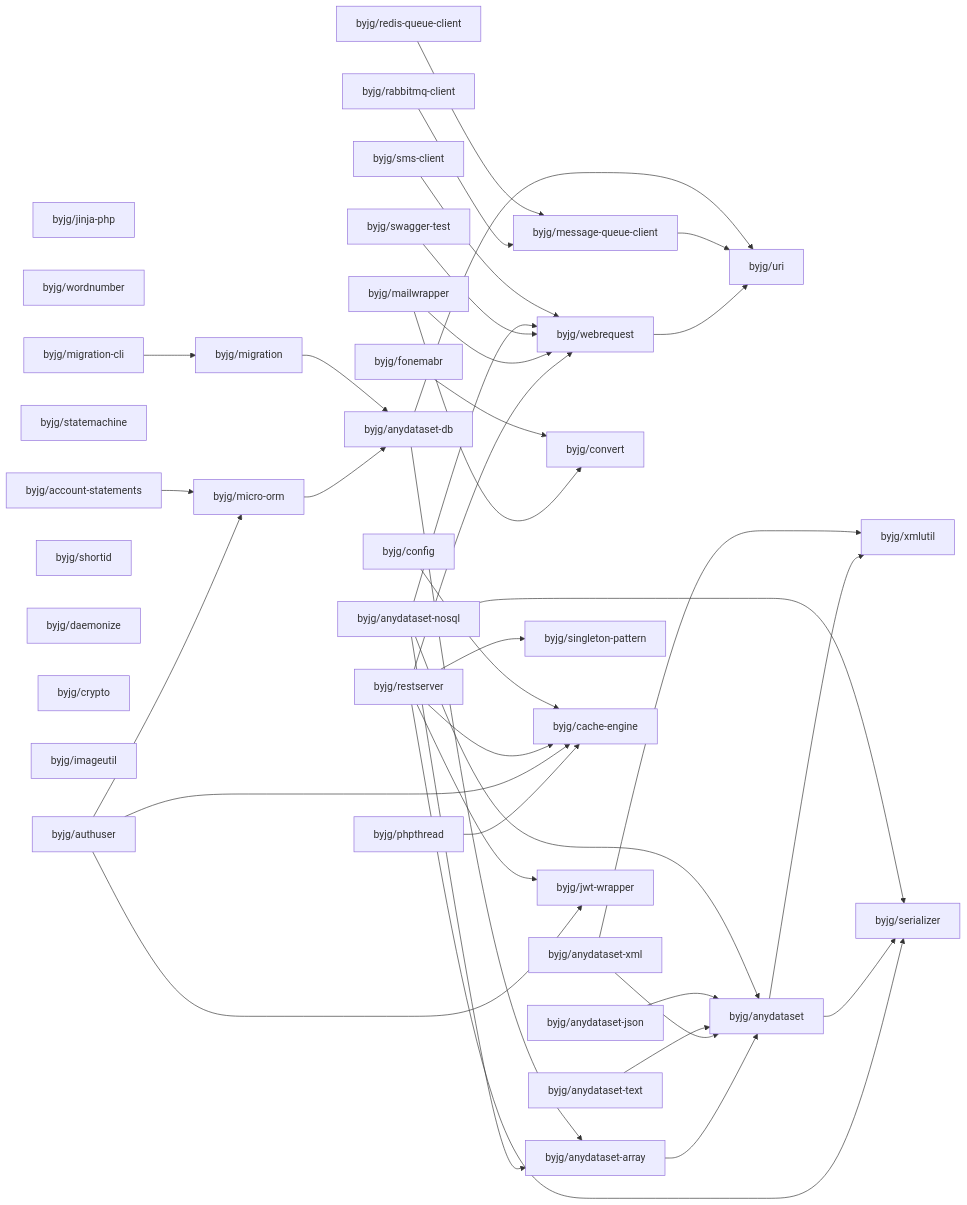
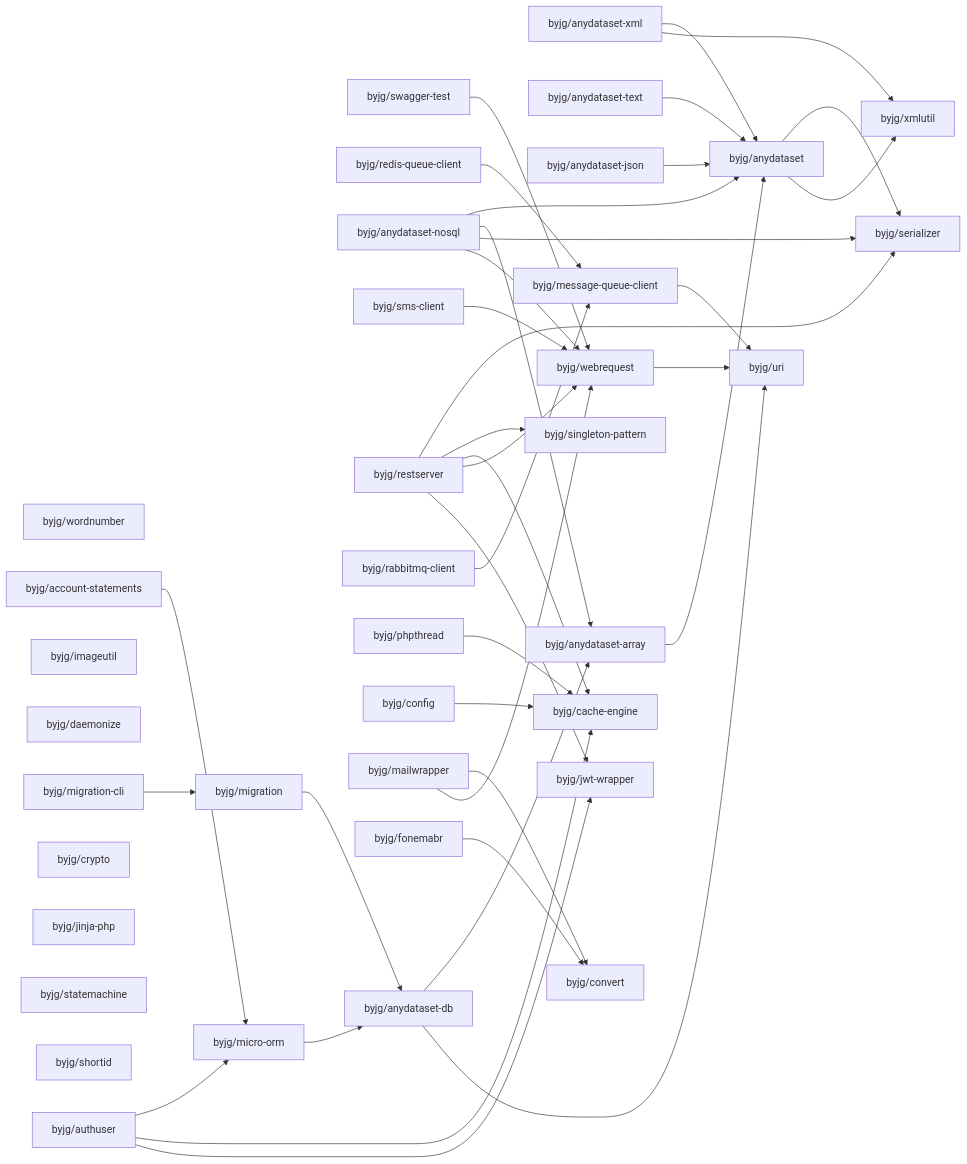
Before and after one commit to byjg/byjg.github.io: the diagram in docs/php/README.md, drawn with Mermaid. The commit also changed other lines of this file, not shown here.

Commit message:
Update documentation 'php' 'php-anydataset-db'

````diff
--- a/docs/php/README.md
+++ b/docs/php/README.md
@@ -3,76 +3,76 @@
 ```mermaid
 graph LR;
+  byjg/wordnumber;
+  byjg/swagger-test;
+  byjg/redis-queue-client;
+  byjg/migration-cli;
+  byjg/anydataset-nosql;
+  byjg/sms-client;
+  byjg/imageutil;
+  byjg/restserver;
+  byjg/daemonize;
+  byjg/rabbitmq-client;
+  byjg/phpthread;
+  byjg/anydataset-xml;
+  byjg/config;
+  byjg/account-statements;
+  byjg/crypto;
   byjg/jinja-php;
-  byjg/wordnumber;
-  byjg/anydataset-xml;
-  byjg/phpthread;
-  byjg/account-statements;
+  byjg/anydataset-text;
+  byjg/mailwrapper;
   byjg/statemachine;
-  byjg/swagger-test;
-  byjg/migration-cli;
-  byjg/sms-client;
   byjg/shortid;
-  byjg/daemonize;
-  byjg/crypto;
-  byjg/redis-queue-client;
-  byjg/anydataset-text;
-  byjg/imageutil;
-  byjg/mailwrapper;
   byjg/authuser;
   byjg/fonemabr;
-  byjg/anydataset-nosql;
-  byjg/config;
-  byjg/rabbitmq-client;
-  byjg/restserver;
   byjg/anydataset-json;
   byjg/migration;
+  byjg/singleton-pattern;
+  byjg/message-queue-client;
+  byjg/webrequest;
   byjg/micro-orm;
+  byjg/cache-engine;
+  byjg/jwt-wrapper;
   byjg/convert;
-  byjg/message-queue-client;
-  byjg/singleton-pattern;
-  byjg/cache-engine;
-  byjg/webrequest;
-  byjg/jwt-wrapper;
   byjg/anydataset-db;
   byjg/anydataset-array;
   byjg/uri;
   byjg/anydataset;
   byjg/serializer;
   byjg/xmlutil;
   byjg/phpthread --> byjg/cache-engine;
   byjg/micro-orm --> byjg/anydataset-db;
   byjg/authuser --> byjg/micro-orm;
   byjg/authuser --> byjg/cache-engine;
   byjg/authuser --> byjg/jwt-wrapper;
   byjg/anydataset-array --> byjg/anydataset;
   byjg/restserver --> byjg/serializer;
   byjg/restserver --> byjg/singleton-pattern;
   byjg/restserver --> byjg/cache-engine;
   byjg/restserver --> byjg/webrequest;
   byjg/restserver --> byjg/jwt-wrapper;
   byjg/mailwrapper --> byjg/convert;
   byjg/mailwrapper --> byjg/webrequest;
   byjg/swagger-test --> byjg/webrequest;
   byjg/migration --> byjg/anydataset-db;
   byjg/account-statements --> byjg/micro-orm;
   byjg/anydataset --> byjg/serializer;
   byjg/anydataset --> byjg/xmlutil;
   byjg/fonemabr --> byjg/convert;
   byjg/anydataset-xml --> byjg/anydataset;
   byjg/anydataset-xml --> byjg/xmlutil;
   byjg/webrequest --> byjg/uri;
   byjg/config --> byjg/cache-engine;
   byjg/migration-cli --> byjg/migration;
   byjg/anydataset-text --> byjg/anydataset;
   byjg/message-queue-client --> byjg/uri;
   byjg/anydataset-json --> byjg/anydataset;
   byjg/anydataset-nosql --> byjg/anydataset;
   byjg/anydataset-nosql --> byjg/anydataset-array;
   byjg/anydataset-nosql --> byjg/serializer;
   byjg/anydataset-nosql --> byjg/webrequest;
   byjg/anydataset-db --> byjg/anydataset-array;
   byjg/anydataset-db --> byjg/uri;
   byjg/rabbitmq-client --> byjg/message-queue-client;
   byjg/redis-queue-client --> byjg/message-queue-client;
   byjg/sms-client --> byjg/webrequest;
 ```
````
